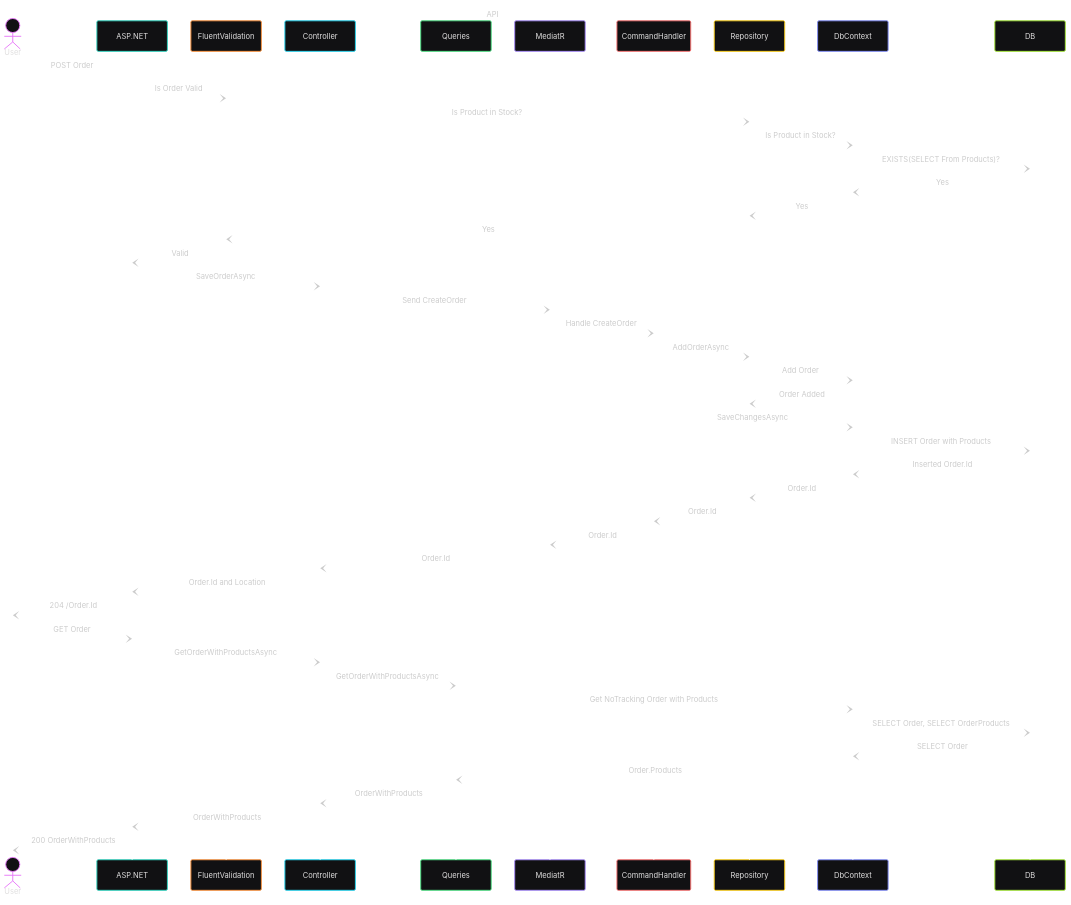
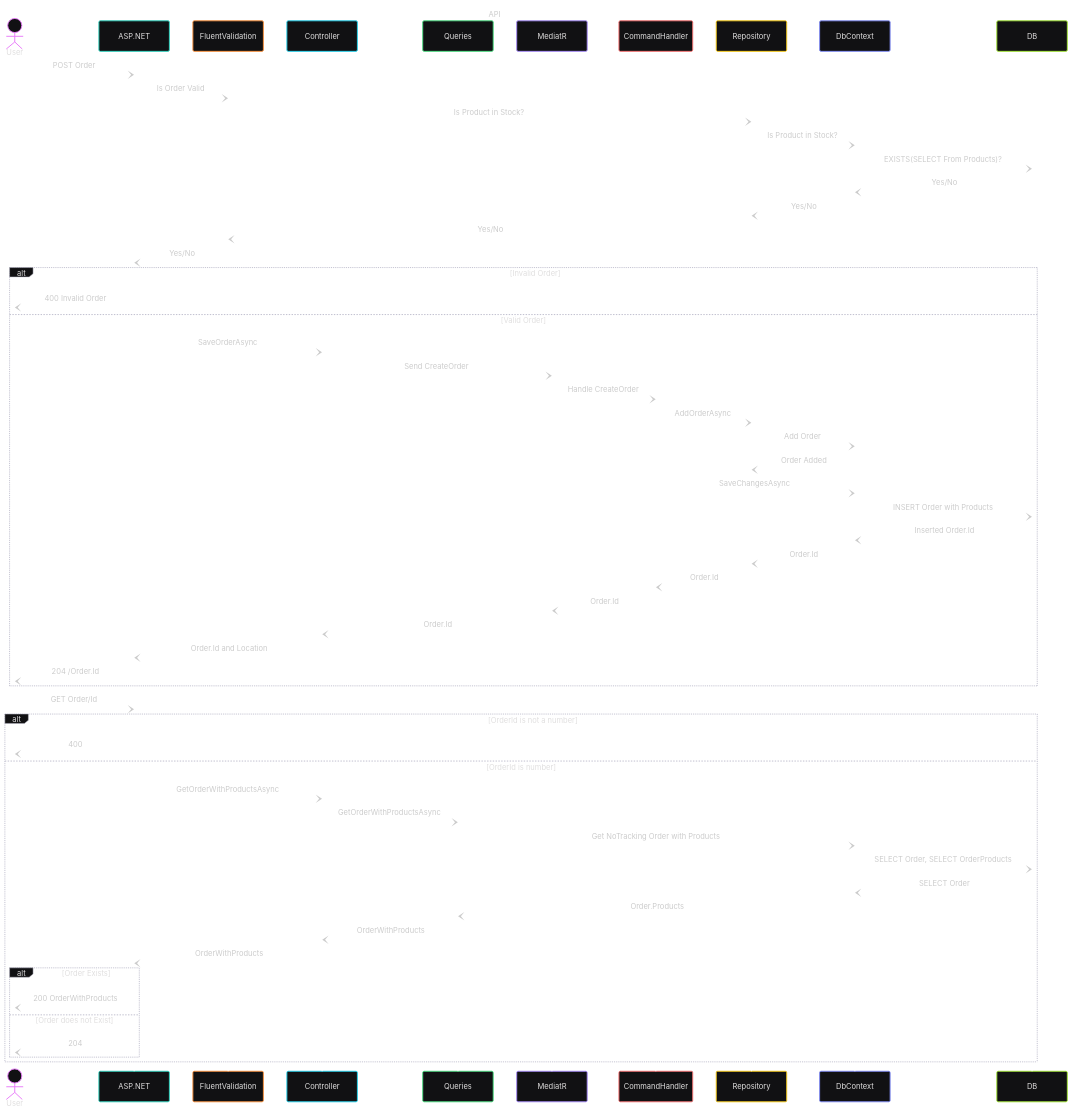
The first of 3 diagrams in README.md (YakudzaBY/Company.Ordering), drawn with Mermaid before and after one commit.

Commit message:
Add alts to Sequence diagram

````diff
--- a/README.md
+++ b/README.md
@@ -11,52 +11,64 @@
 ```mermaid
 ---
 config:
   theme: redux-dark-color
 ---
 sequenceDiagram
     actor User
     box API
     participant ASP.NET
     participant Validation as FluentValidation
     participant Controller
     participant Queries
     participant MediatR
     participant CommandHandler
     participant Repository
     participant DbContext
     end
-    User->>ASP.NET: POST Order
+    User-)ASP.NET: POST Order
     ASP.NET-)Validation: Is Order Valid
     Validation-)Repository: Is Product in Stock?
     Repository-)DbContext: Is Product in Stock?
     DbContext-)DB: EXISTS(SELECT From Products)?
-    DB--)DbContext: Yes
-    DbContext--)Repository: Yes
-    Repository--)Validation: Yes
-    Validation--)ASP.NET: Valid
-    ASP.NET-)Controller: SaveOrderAsync
-    Controller-)MediatR: Send CreateOrder
-    MediatR-)CommandHandler: Handle CreateOrder
-    CommandHandler-)Repository: AddOrderAsync
-    Repository-)DbContext: Add Order
-    DbContext-)Repository: Order Added
-    CommandHandler-)DbContext: SaveChangesAsync
-    DbContext-)DB: INSERT Order with Products
-    DB--)DbContext: Inserted Order.Id
-    DbContext--)Repository: Order.Id
-    Repository--)CommandHandler: Order.Id
-    CommandHandler--)MediatR: Order.Id
-    MediatR--)Controller: Order.Id
-    Controller--)ASP.NET: Order.Id and Location
-    ASP.NET--)User: 204 /Order.Id
-    User-)ASP.NET: GET Order
-    ASP.NET-)Controller: GetOrderWithProductsAsync
-    Controller-)Queries: GetOrderWithProductsAsync
-    Queries-)DbContext: Get NoTracking Order with Products
-    DbContext-)DB: SELECT Order, SELECT OrderProducts
-    DB--)DbContext: SELECT Order
-    DbContext--)Queries: Order.Products
-    Queries--)Controller: OrderWithProducts
-    Controller--)ASP.NET: OrderWithProducts
-    ASP.NET--)User: 200 OrderWithProducts
+    DB--)DbContext: Yes/No
+    DbContext--)Repository: Yes/No
+    Repository--)Validation: Yes/No
+    Validation--)ASP.NET: Yes/No
+    alt Invalid Order
+        ASP.NET --) User:400 Invalid Order
+    else Valid Order
+        ASP.NET-)Controller: SaveOrderAsync
+        Controller-)MediatR: Send CreateOrder
+        MediatR-)CommandHandler: Handle CreateOrder
+        CommandHandler-)Repository: AddOrderAsync
+        Repository-)DbContext: Add Order
+        DbContext-)Repository: Order Added
+        CommandHandler-)DbContext: SaveChangesAsync
+        DbContext-)DB: INSERT Order with Products
+        DB--)DbContext: Inserted Order.Id
+        DbContext--)Repository: Order.Id
+        Repository--)CommandHandler: Order.Id
+        CommandHandler--)MediatR: Order.Id
+        MediatR--)Controller: Order.Id
+        Controller--)ASP.NET: Order.Id and Location
+        ASP.NET--)User: 204 /Order.Id
+    end
+    User--)ASP.NET: GET Order/Id
+    alt OrderId is not a number
+        ASP.NET--)User: 400
+    else OrderId is number
+        ASP.NET-)Controller: GetOrderWithProductsAsync
+        Controller-)Queries: GetOrderWithProductsAsync
+        Queries-)DbContext: Get NoTracking Order with Products
+        DbContext-)DB: SELECT Order, SELECT OrderProducts
+        DB--)DbContext: SELECT Order
+        DbContext--)Queries: Order.Products
+        Queries--)Controller: OrderWithProducts
+        Controller--)ASP.NET: OrderWithProducts
+        alt Order Exists
+            ASP.NET--)User: 200 OrderWithProducts
+        else Order does not Exist
+            ASP.NET--)User: 204
+        end
+    end
 ```
````
